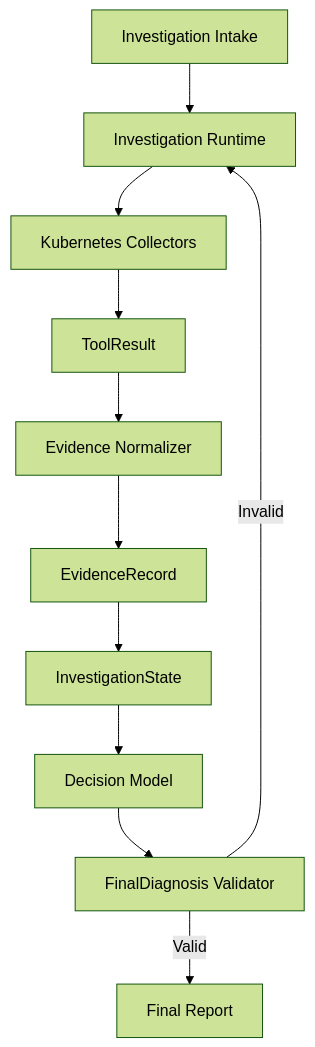
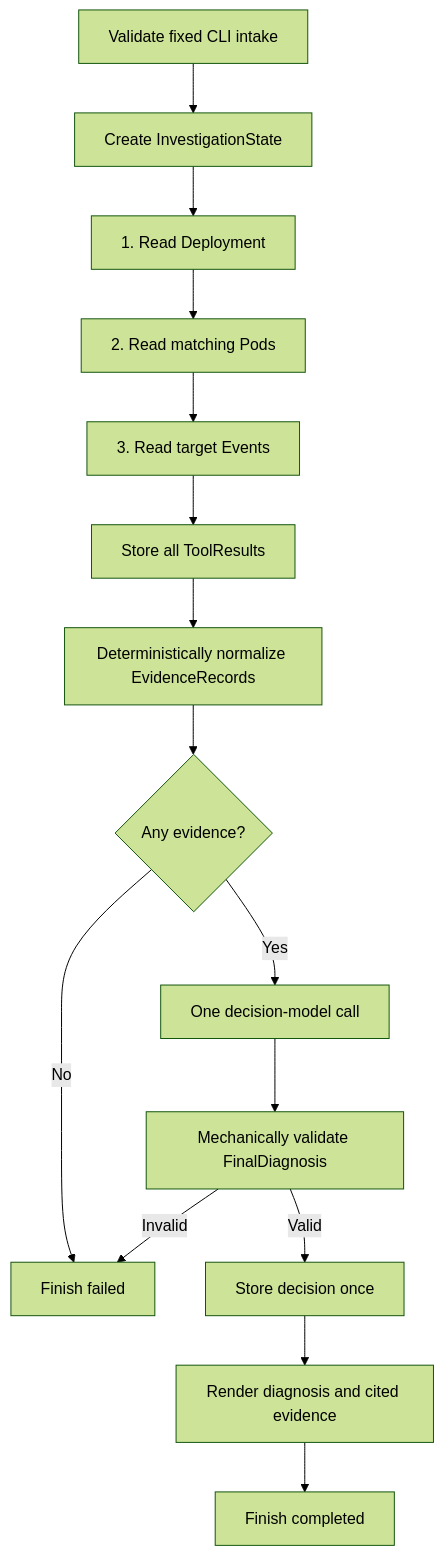
Before and after one commit to Omerbirsh/OpenOps: the diagram in docs/architecture/overview.md, drawn with Mermaid (forest theme). The commit also changed other lines of this file and 20 other files, not shown here.

Commit message:
major architecture and vision fine tuning using codex.defined model scope, first incident, CLI input convention, bounded output, deterministic evidence gathering, model context refined, namespaced openops runtime for security

````diff
--- a/docs/architecture/overview.md
+++ b/docs/architecture/overview.md
@@ -7,13 +5,17 @@
 ```mermaid
 flowchart TD
-    A[Investigation Intake] --> B[Investigation Runtime]
-    B --> C[Kubernetes Collectors]
-    C --> D[ToolResult]
-    D --> E[Evidence Normalizer]
-    E --> F[EvidenceRecord]
-    F --> G[InvestigationState]
-    G --> H[Decision Model]
-    H --> I[FinalDiagnosis Validator]
-    I -->|Valid| J[Final Report]
-    I -->|Invalid| B
+    A["Validate fixed CLI intake"] --> B["Create InvestigationState"]
+    B --> C1["1. Read Deployment"]
+    C1 --> C2["2. Read matching Pods"]
+    C2 --> C3["3. Read target Events"]
+    C3 --> D["Store all ToolResults"]
+    D --> E["Deterministically normalize EvidenceRecords"]
+    E --> F{"Any evidence?"}
+    F -->|No| X["Finish failed"]
+    F -->|Yes| G["One decision-model call"]
+    G --> H["Mechanically validate FinalDiagnosis"]
+    H -->|Invalid| X
+    H -->|Valid| I["Store decision once"]
+    I --> J["Render diagnosis and cited evidence"]
+    J --> K["Finish completed"]
 ```
````
